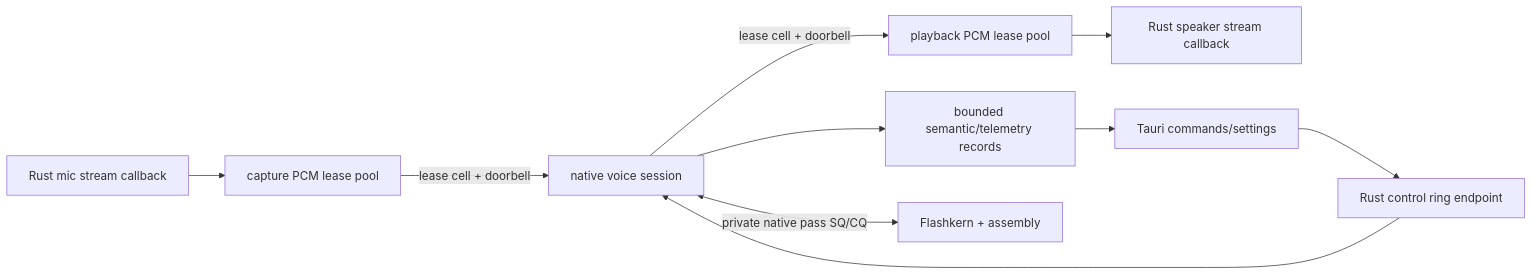
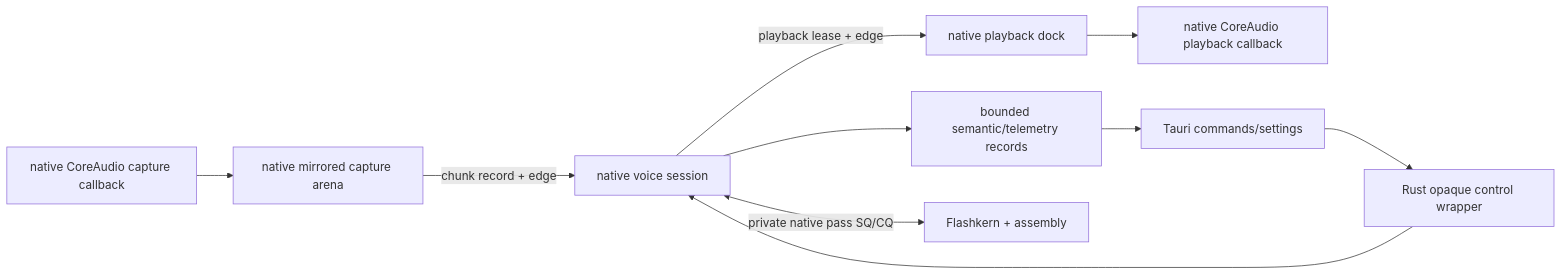
The diagram in specs/11-kcoro-native-migration/10-rust-host-seam-and-removal.md (SolaceHarmony/emberharmony), drawn with Mermaid before and after one commit. The commit also changed other lines of this file and 50 other files, not shown here.

````diff
--- a/specs/11-kcoro-native-migration/10-rust-host-seam-and-removal.md
+++ b/specs/11-kcoro-native-migration/10-rust-host-seam-and-removal.md
@@ -33,14 +34,14 @@
 ```mermaid
 flowchart LR
-    MIC["Rust mic stream callback"] --> CAP["capture PCM lease pool"]
-    CAP -->|"lease cell + doorbell"| NATIVE["native voice session"]
-    NATIVE -->|"lease cell + doorbell"| PLAY["playback PCM lease pool"]
-    PLAY --> SPK["Rust speaker stream callback"]
+    MIC["native CoreAudio capture callback"] --> CAP["native mirrored capture arena"]
+    CAP -->|"chunk record + edge"| NATIVE["native voice session"]
+    NATIVE -->|"playback lease + edge"| PLAY["native playback dock"]
+    PLAY --> SPK["native CoreAudio playback callback"]
 
-    TAURI["Tauri commands/settings"] --> CTRL["Rust control ring endpoint"]
+    TAURI["Tauri commands/settings"] --> CTRL["Rust opaque control wrapper"]
     CTRL --> NATIVE
     NATIVE --> OBS["bounded semantic/telemetry records"]
     OBS --> TAURI
 
     NATIVE <-->|"private native pass SQ/CQ"| KERNEL["Flashkern + assembly"]
 ```
````
